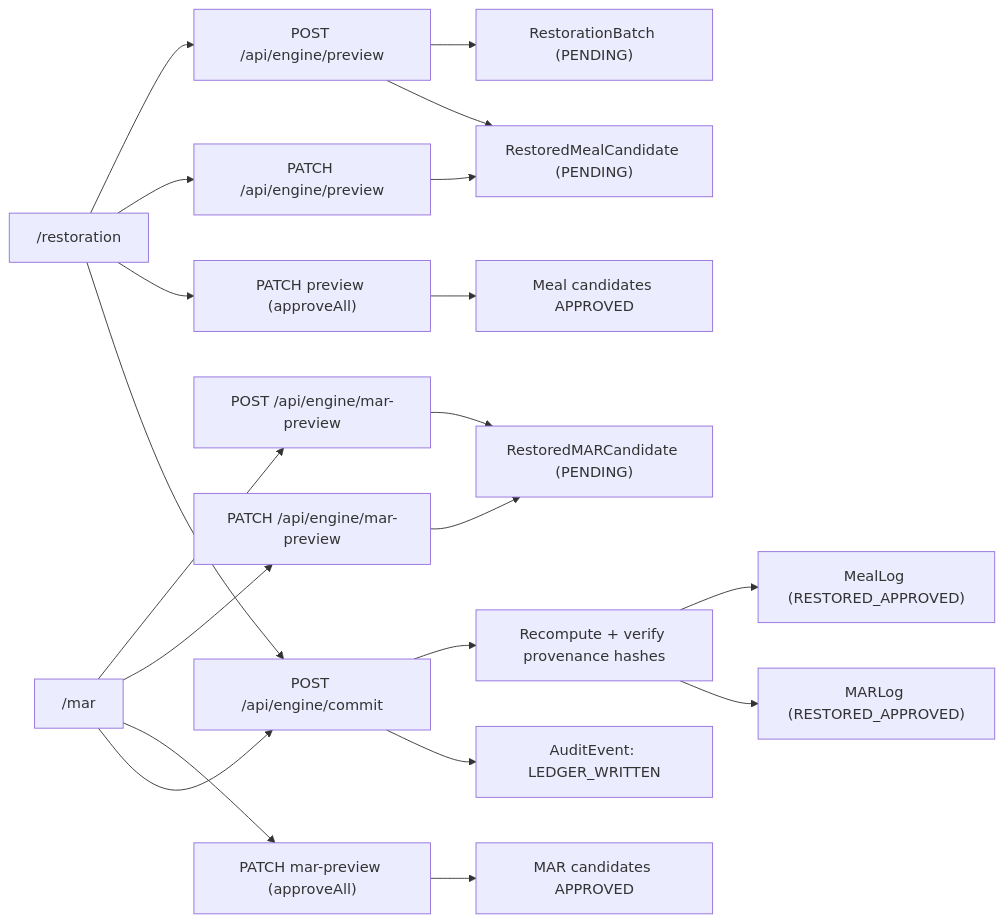
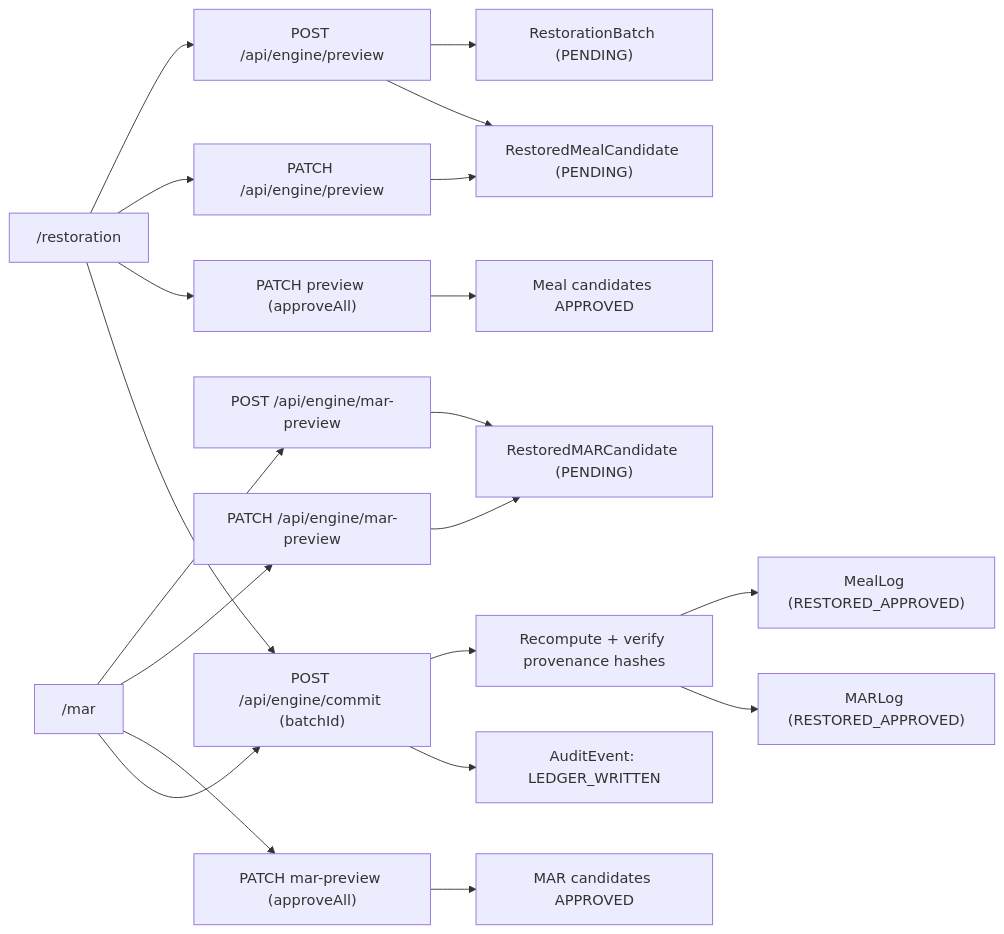
One commit to gUBII/chartgen changed the first of 2 diagrams in src/docs/ARCHITECTURE_REFERENCE.md. Above: the diagram before and after it, drawn with Mermaid. The commit also changed other lines of this file and 24 other files, not shown here.

````diff
--- a/src/docs/ARCHITECTURE_REFERENCE.md
+++ b/src/docs/ARCHITECTURE_REFERENCE.md
@@ -51,29 +63,29 @@
 ```mermaid
 flowchart LR
     UI_MEAL["/restoration"] --> PREVIEW_MEAL["POST /api/engine/preview"]
     UI_MAR["/mar"] --> PREVIEW_MAR["POST /api/engine/mar-preview"]
 
     PREVIEW_MEAL --> BATCH["RestorationBatch (PENDING)"]
     PREVIEW_MEAL --> CAND_MEAL["RestoredMealCandidate (PENDING)"]
     PREVIEW_MAR --> CAND_MAR["RestoredMARCandidate (PENDING)"]
 
     UI_MEAL --> PATCH_MEAL["PATCH /api/engine/preview"]
     UI_MAR --> PATCH_MAR["PATCH /api/engine/mar-preview"]
 
     PATCH_MEAL --> CAND_MEAL
     PATCH_MAR --> CAND_MAR
 
     UI_MEAL --> APPROVE_MEAL["PATCH preview (approveAll)"]
     UI_MAR --> APPROVE_MAR["PATCH mar-preview (approveAll)"]
 
     APPROVE_MEAL --> CAND_MEAL_APPROVED["Meal candidates APPROVED"]
     APPROVE_MAR --> CAND_MAR_APPROVED["MAR candidates APPROVED"]
 
-    UI_MEAL --> COMMIT["POST /api/engine/commit"]
+    UI_MEAL --> COMMIT["POST /api/engine/commit (batchId)"]
     UI_MAR --> COMMIT
 
     COMMIT --> VERIFY["Recompute + verify provenance hashes"]
     VERIFY --> MEAL_LOG["MealLog (RESTORED_APPROVED)"]
     VERIFY --> MAR_LOG["MARLog (RESTORED_APPROVED)"]
     COMMIT --> AUDIT["AuditEvent: LEDGER_WRITTEN"]
 ```
````
